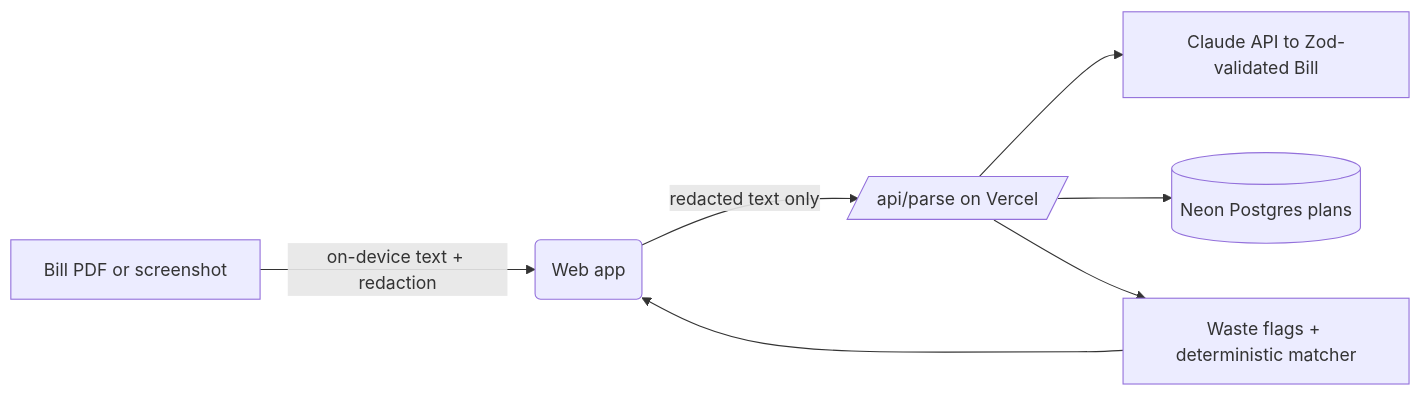
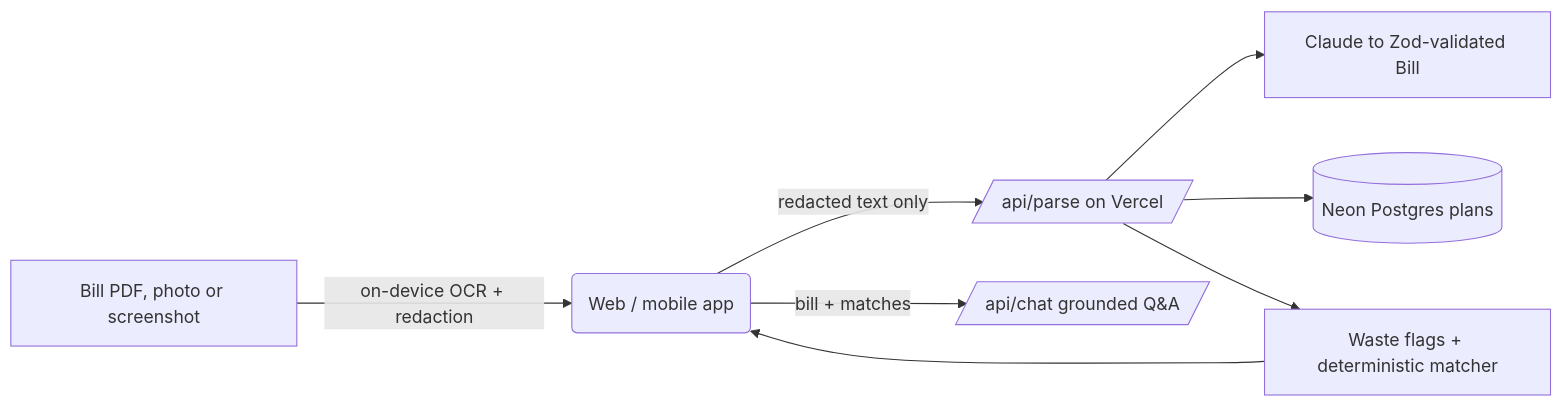
Before and after one commit to ishan-barot/fineprint: the diagram in README.md, drawn with Mermaid. The commit also changed other lines of this file and 3 other files, not shown here.

````diff
--- a/README.md
+++ b/README.md
@@ -15,9 +19,10 @@
 ```mermaid
 flowchart LR
-  A[Bill PDF or screenshot] -->|on-device text + redaction| B(Web app)
+  A[Bill PDF, photo or screenshot] -->|on-device OCR + redaction| B(Web / mobile app)
   B -->|redacted text only| C[/api/parse on Vercel/]
-  C --> D[Claude API to Zod-validated Bill]
+  C --> D[Claude to Zod-validated Bill]
   C --> E[(Neon Postgres plans)]
   C --> F[Waste flags + deterministic matcher]
   F --> B
+  B -->|bill + matches| G[/api/chat grounded Q&A/]
 ```
````
